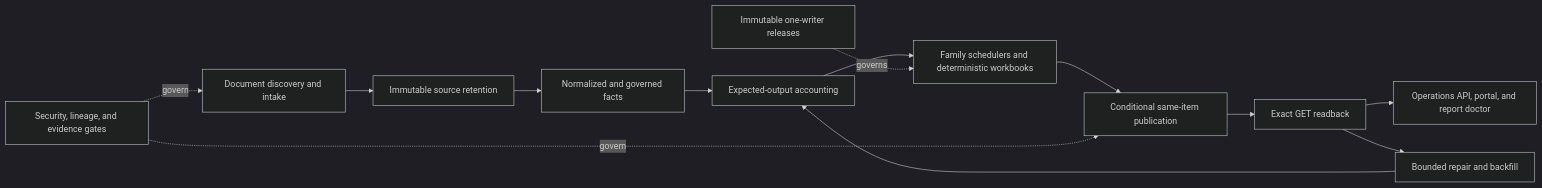
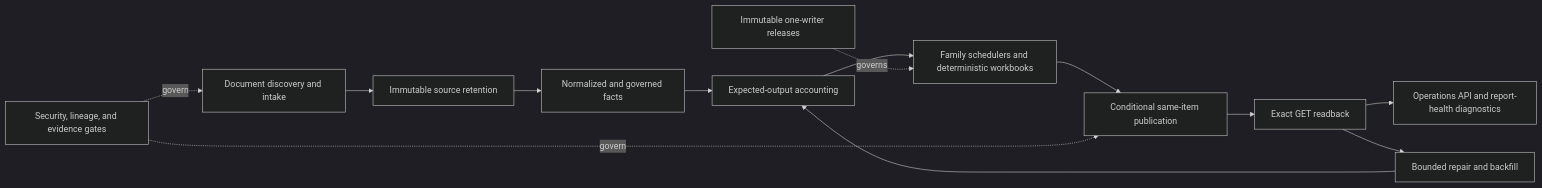
The diagram in README.md (tonnyryam/pepperball-reporting-platform-case-study), drawn with Mermaid (dark theme) before and after one commit. The commit also changed other lines of this file and 24 other files, not shown here.

````diff
--- a/README.md
+++ b/README.md
@@ -30,15 +30,15 @@
 ```mermaid
 flowchart LR
   A[Document discovery and intake] --> B[Immutable source retention]
   B --> C[Normalized and governed facts]
   C --> D[Expected-output accounting]
   D --> E[Family schedulers and deterministic workbooks]
   E --> F[Conditional same-item publication]
   F --> G[Exact GET readback]
-  G --> H[Operations API, portal, and report doctor]
+  G --> H[Operations API and report-health diagnostics]
   G --> I[Bounded repair and backfill]
   I --> D
   J[Immutable one-writer releases] -. governs .-> E
   K[Security, lineage, and evidence gates] -. govern .-> A
   K -. govern .-> F
 ```
````
